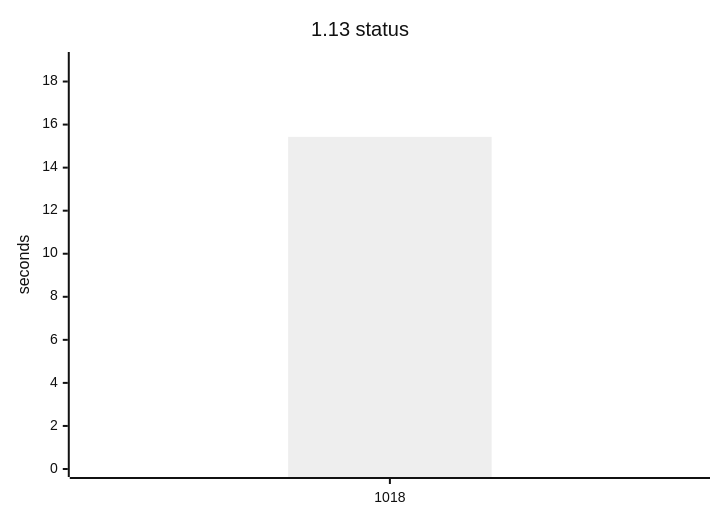
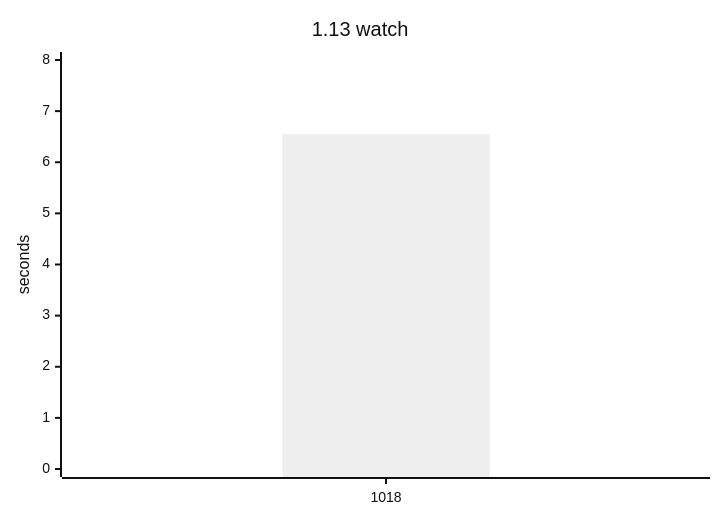
The fourth of 15 diagrams in README.md (yamanori99/DistSSHQueue.jl), drawn with Mermaid (neutral theme) before and after one commit. The commit also changed other lines of this file and 1 other file, not shown here.

````diff
--- a/README.md
+++ b/README.md
@@ -46,7 +95,7 @@
 ```mermaid
 xychart-beta
-    title "1.13 status"
+    title "1.13 watch"
     x-axis ["1018"]
-    y-axis "seconds" 0 --> 19
-    bar [15.43]
+    y-axis "seconds" 0 --> 8
+    bar [6.55]
 ```
````
